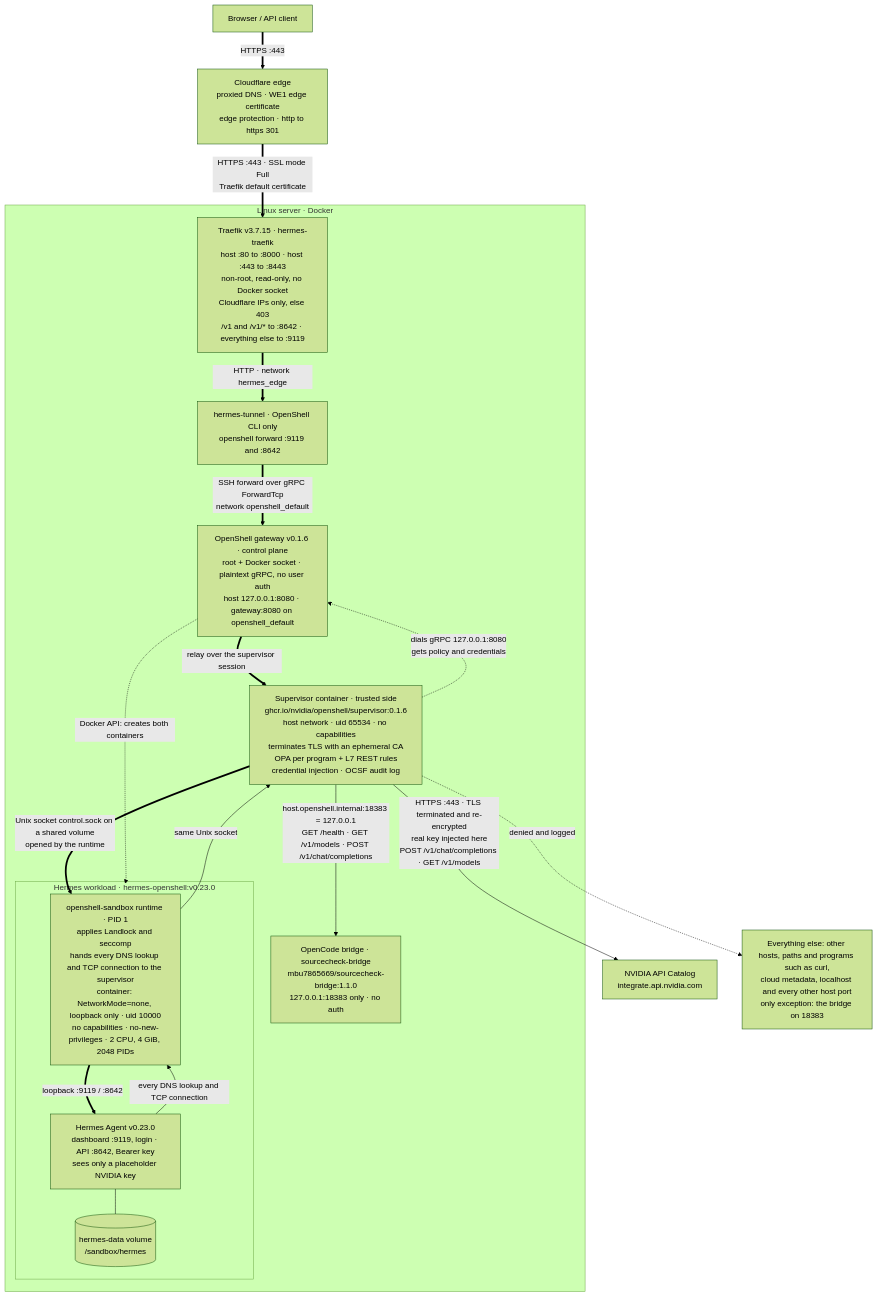
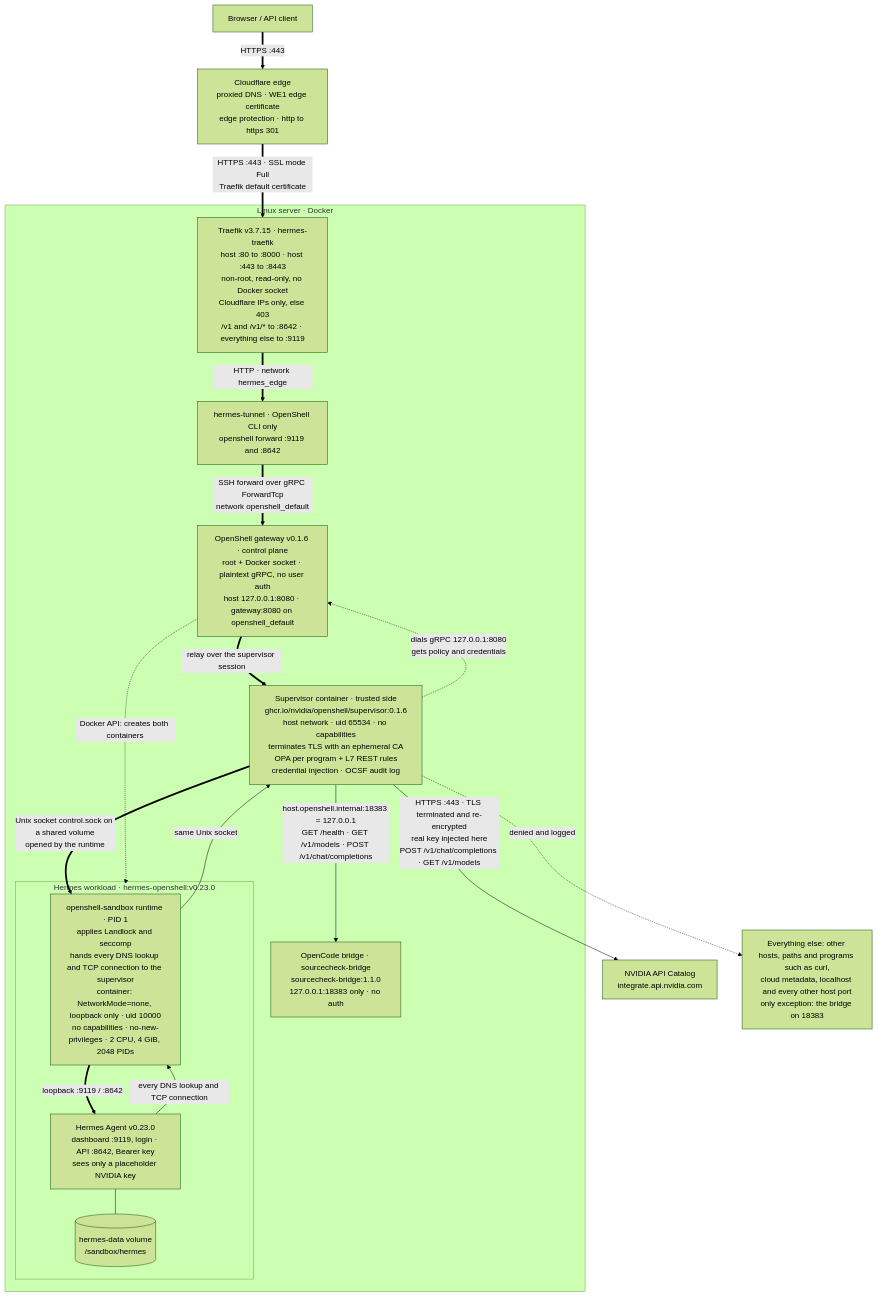
The diagram in sandbox/README.md (ch-muhammad-asim/OpenDevOps), drawn with Mermaid (forest theme) before and after one commit. The commit also changed other lines of this file and 22 other files, not shown here.

````diff
--- a/sandbox/README.md
+++ b/sandbox/README.md
@@ -91,35 +95,35 @@
 ```mermaid
 flowchart TB
   U["Browser / API client"] ==>|"HTTPS :443"| CF["Cloudflare edge<br/>proxied DNS · WE1 edge certificate<br/>edge protection · http to https 301"]
 
   subgraph HOST["Linux server · Docker"]
     TR["Traefik v3.7.15 · hermes-traefik<br/>host :80 to :8000 · host :443 to :8443<br/>non-root, read-only, no Docker socket<br/>Cloudflare IPs only, else 403<br/>/v1 and /v1/* to :8642 · everything else to :9119"]
     TU["hermes-tunnel · OpenShell CLI only<br/>openshell forward :9119 and :8642"]
     GW["OpenShell gateway v0.1.6 · control plane<br/>root + Docker socket · plaintext gRPC, no user auth<br/>host 127.0.0.1:8080 · gateway:8080 on openshell_default"]
     SUP["Supervisor container · trusted side<br/>ghcr.io/nvidia/openshell/supervisor:0.1.6<br/>host network · uid 65534 · no capabilities<br/>terminates TLS with an ephemeral CA<br/>OPA per program + L7 REST rules<br/>credential injection · OCSF audit log"]
-    BR["OpenCode bridge · sourcecheck-bridge<br/>mbu7865669/sourcecheck-bridge:1.1.0<br/>127.0.0.1:18383 only · no auth"]
+    BR["OpenCode bridge · sourcecheck-bridge<br/>sourcecheck-bridge:1.1.0<br/>127.0.0.1:18383 only · no auth"]
 
     subgraph WL["Hermes workload · hermes-openshell:v0.23.0"]
       RT["openshell-sandbox runtime · PID 1<br/>applies Landlock and seccomp<br/>hands every DNS lookup and TCP connection to the supervisor<br/>container: NetworkMode=none, loopback only · uid 10000<br/>no capabilities · no-new-privileges · 2 CPU, 4 GiB, 2048 PIDs"]
       H["Hermes Agent v0.23.0<br/>dashboard :9119, login · API :8642, Bearer key<br/>sees only a placeholder NVIDIA key"]
       VOL[("hermes-data volume<br/>/sandbox/hermes")]
     end
   end
 
   CF ==>|"HTTPS :443 · SSL mode Full<br/>Traefik default certificate"| TR
   TR ==>|"HTTP · network hermes_edge"| TU
   TU ==>|"SSH forward over gRPC ForwardTcp<br/>network openshell_default"| GW
   GW ==>|"relay over the supervisor session"| SUP
   SUP ==>|"Unix socket control.sock on a shared volume<br/>opened by the runtime"| RT
   RT ==>|"loopback :9119 / :8642"| H
   H --- VOL
 
   GW -.->|"Docker API: creates both containers"| WL
   SUP -.->|"dials gRPC 127.0.0.1:8080<br/>gets policy and credentials"| GW
 
   H -->|"every DNS lookup and TCP connection"| RT
   RT -->|"same Unix socket"| SUP
   SUP -->|"HTTPS :443 · TLS terminated and re-encrypted<br/>real key injected here<br/>POST /v1/chat/completions · GET /v1/models"| NV["NVIDIA API Catalog<br/>integrate.api.nvidia.com"]
   SUP -->|"host.openshell.internal:18383 = 127.0.0.1<br/>GET /health · GET /v1/models · POST /v1/chat/completions"| BR
   SUP -.->|"denied and logged"| X["Everything else: other hosts, paths and programs such as curl,<br/>cloud metadata, localhost and every other host port<br/>only exception: the bridge on 18383"]
 ```
````
